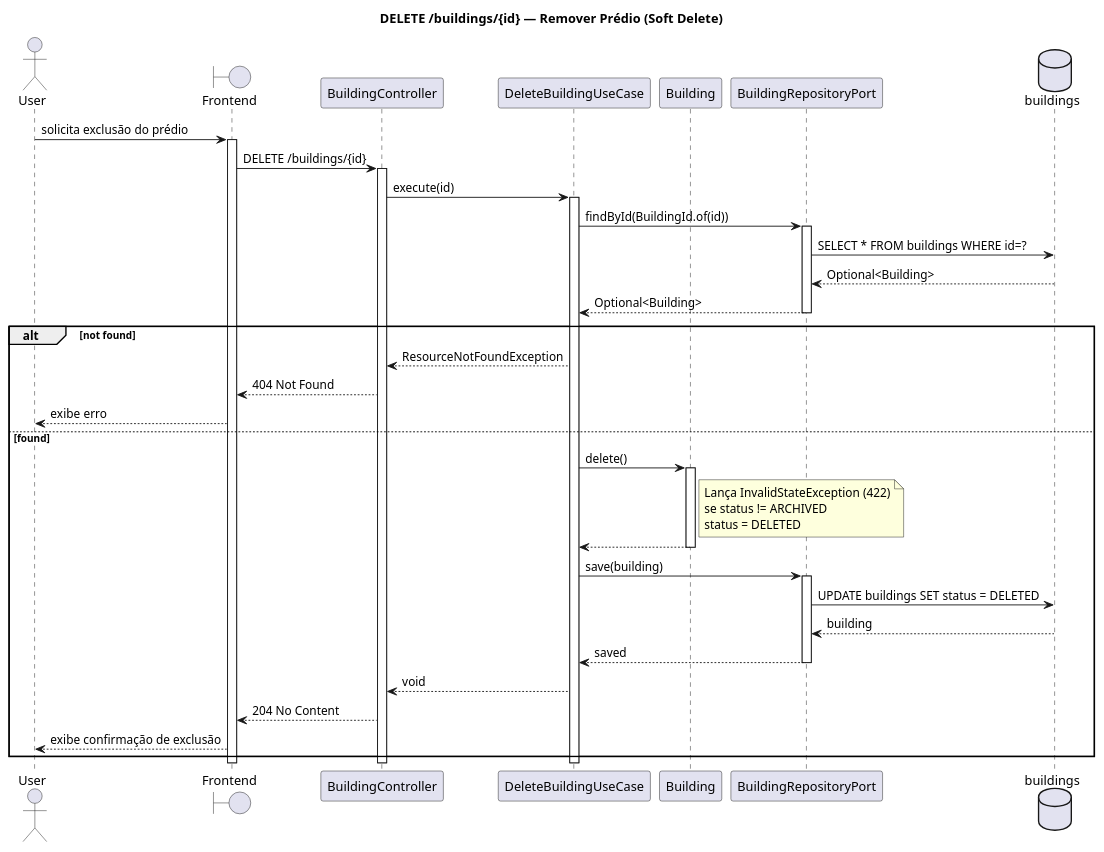
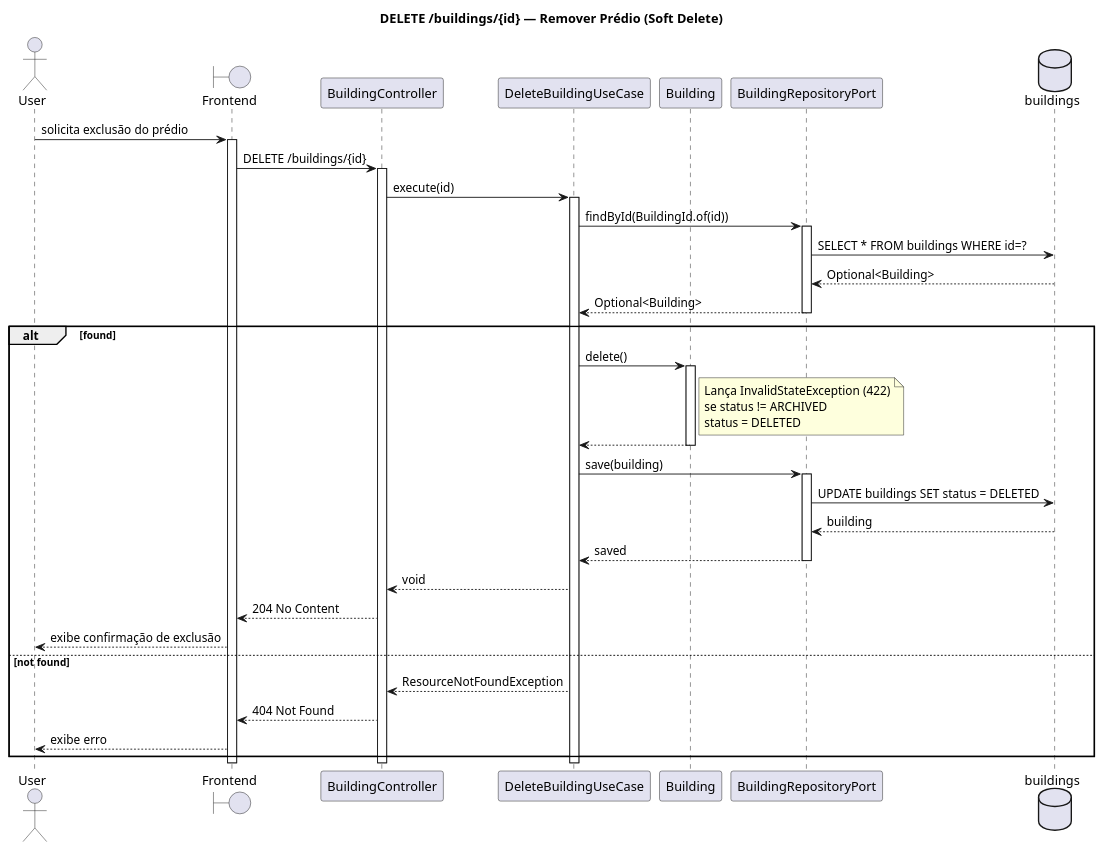
One commit to Neoguara/rooms-diagrams changed the diagram in sequencia/building/delete_building.puml. Above: the diagram before and after it, drawn with PlantUML. The commit also changed 25 other files, not shown here.

```diff
--- a/sequencia/building/delete_building.puml
+++ b/sequencia/building/delete_building.puml
@@ -1,55 +1,55 @@
 @startuml delete_building
 
 title DELETE /buildings/{id} — Remover Prédio (Soft Delete)
 
 actor User
 boundary "Frontend" as FE
 participant "BuildingController" as Ctrl
 participant "DeleteBuildingUseCase" as UC
 participant "Building" as Entity
 participant "BuildingRepositoryPort" as Repo
 database "buildings" as DB
 
 User -> FE: solicita exclusão do prédio
 activate FE
 FE -> Ctrl: DELETE /buildings/{id}
 activate Ctrl
 
 Ctrl -> UC: execute(id)
 activate UC
 
 UC -> Repo: findById(BuildingId.of(id))
 activate Repo
 Repo -> DB: SELECT * FROM buildings WHERE id=?
 DB --> Repo: Optional<Building>
 Repo --> UC: Optional<Building>
 deactivate Repo
 
-alt not found
-  UC --> Ctrl: ResourceNotFoundException
-  Ctrl --> FE: 404 Not Found
-  FE --> User: exibe erro
-else found
+alt found
   UC -> Entity: delete()
   activate Entity
   note right of Entity: Lança InvalidStateException (422)\nse status != ARCHIVED\nstatus = DELETED
   Entity --> UC:
   deactivate Entity
 
   UC -> Repo: save(building)
   activate Repo
   Repo -> DB: UPDATE buildings SET status = DELETED
   DB --> Repo: building
   Repo --> UC: saved
   deactivate Repo
 
   UC --> Ctrl: void
   Ctrl --> FE: 204 No Content
   FE --> User: exibe confirmação de exclusão
+else not found
+  UC --> Ctrl: ResourceNotFoundException
+  Ctrl --> FE: 404 Not Found
+  FE --> User: exibe erro
 end
 
 deactivate UC
 deactivate Ctrl
 deactivate FE
 
 @enduml
```
